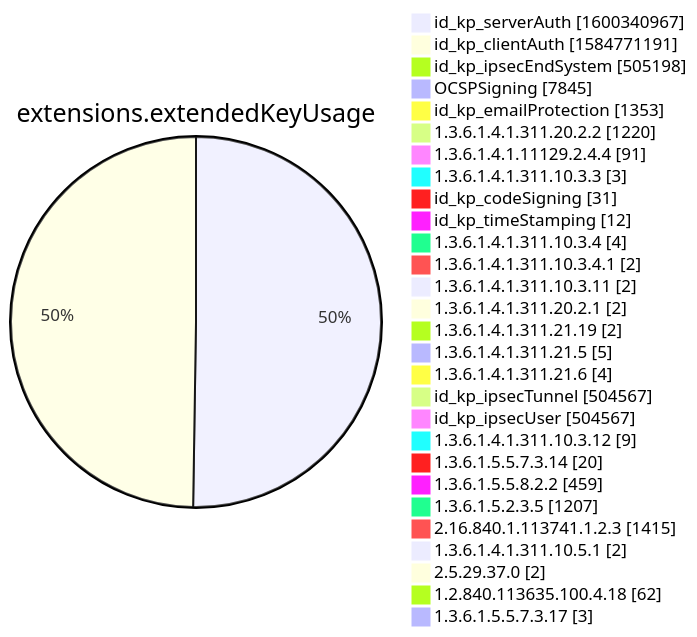
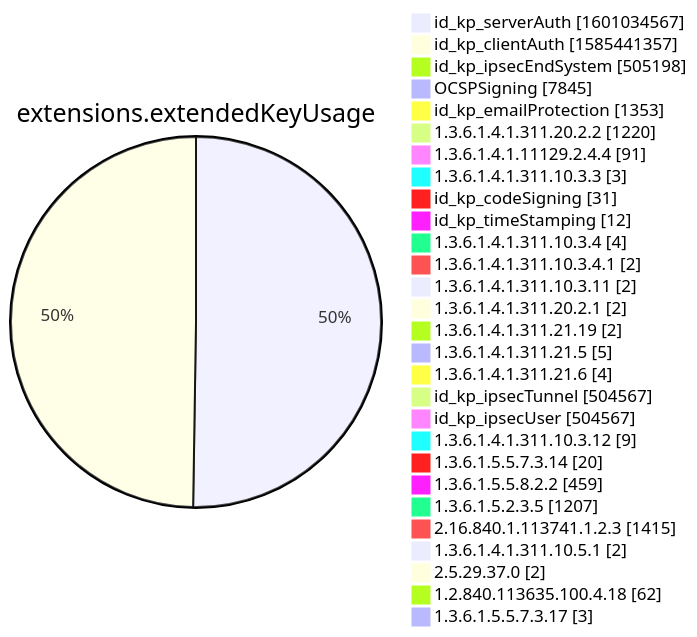
Before and after one commit to christiankrug/ctmonitor_visualization: diagram 12 of 15 in xenon2022/README.md, drawn with Mermaid. The commit also changed other lines of this file, not shown here.

````diff
--- a/xenon2022/README.md
+++ b/xenon2022/README.md
@@ -3885,32 +3885,32 @@
 ```mermaid
 pie showData
 title extensions.extendedKeyUsage
-"id_kp_serverAuth" :1600340967
-"id_kp_clientAuth" :1584771191
+"id_kp_serverAuth" :1601034567
+"id_kp_clientAuth" :1585441357
 "id_kp_ipsecEndSystem" :505198
 "OCSPSigning" :7845
 "id_kp_emailProtection" :1353
 "1.3.6.1.4.1.311.20.2.2" :1220
 "1.3.6.1.4.1.11129.2.4.4" :91
 "1.3.6.1.4.1.311.10.3.3" :3
 "id_kp_codeSigning" :31
 "id_kp_timeStamping" :12
 "1.3.6.1.4.1.311.10.3.4" :4
 "1.3.6.1.4.1.311.10.3.4.1" :2
 "1.3.6.1.4.1.311.10.3.11" :2
 "1.3.6.1.4.1.311.20.2.1" :2
 "1.3.6.1.4.1.311.21.19" :2
 "1.3.6.1.4.1.311.21.5" :5
 "1.3.6.1.4.1.311.21.6" :4
 "id_kp_ipsecTunnel" :504567
 "id_kp_ipsecUser" :504567
 "1.3.6.1.4.1.311.10.3.12" :9
 "1.3.6.1.5.5.7.3.14" :20
 "1.3.6.1.5.5.8.2.2" :459
 "1.3.6.1.5.2.3.5" :1207
 "2.16.840.1.113741.1.2.3" :1415
 "1.3.6.1.4.1.311.10.5.1" :2
 "2.5.29.37.0" :2
 "1.2.840.113635.100.4.18" :62
 "1.3.6.1.5.5.7.3.17" :3
 ```
````
